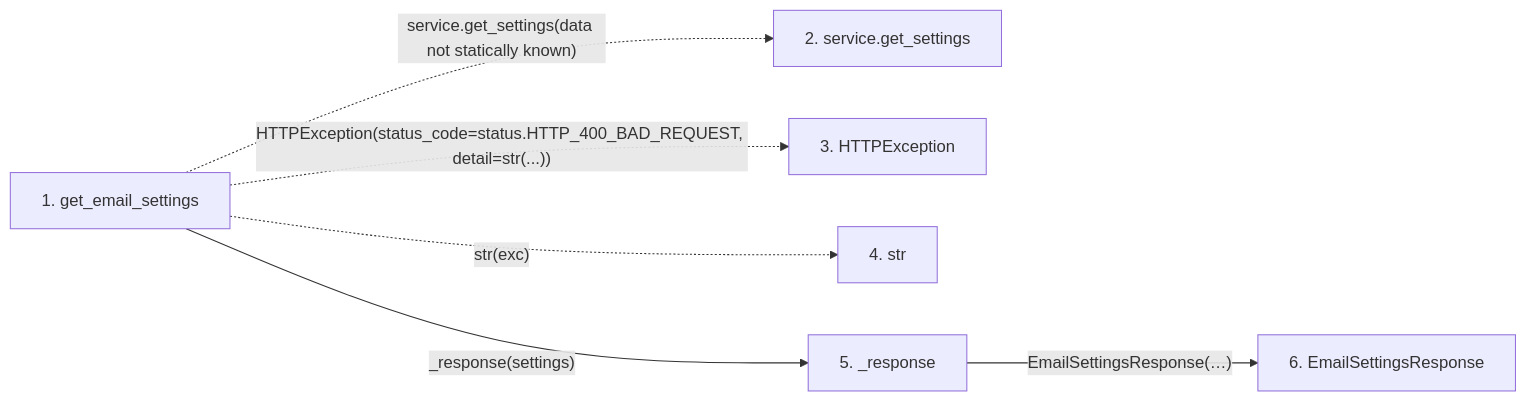
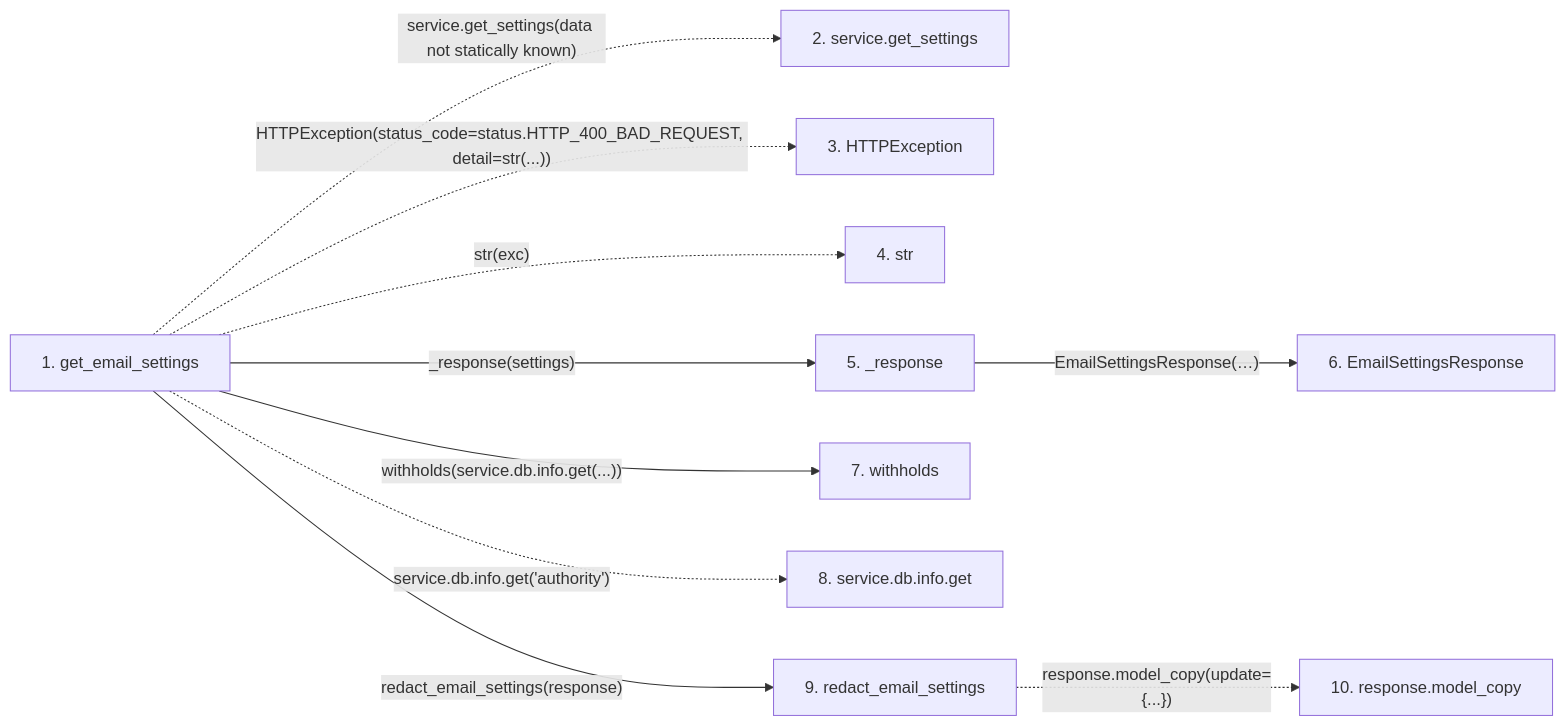
One commit to Denissvgn/WorkChord changed the second of 2 diagrams in docs/llm_wiki/flows/http-get_email_settings.md. Above: the diagram before and after it, drawn with Mermaid. The commit also changed other lines of this file and 524 other files, not shown here.

````diff
--- a/docs/llm_wiki/flows/http-get_email_settings.md
+++ b/docs/llm_wiki/flows/http-get_email_settings.md
@@ -56,17 +68,27 @@
 ```mermaid
 flowchart LR
     s1["1. get_email_settings"]
     s2["2. service.get_settings"]
     s3["3. HTTPException"]
     s4["4. str"]
     s5["5. _response"]
     s6["6. EmailSettingsResponse"]
+    s7["7. withholds"]
+    s8["8. service.db.info.get"]
+    s9["9. redact_email_settings"]
+    s10["10. response.model_copy"]
     s1 -. "service.get_settings(data not statically known)" .-> s2
     s1 -. "HTTPException(status_code=status.HTTP_400_BAD_REQUEST, detail=str(...))" .-> s3
     s1 -. "str(exc)" .-> s4
     s1 -->|"_response(settings)"| s5
     s5 -->|"EmailSettingsResponse(…)"| s6
+    s1 -->|"withholds(service.db.info.get(...))"| s7
+    s1 -. "service.db.info.get('authority')" .-> s8
+    s1 -->|"redact_email_settings(response)"| s9
+    s9 -. "response.model_copy(update={...})" .-> s10
     click s1 "../modules/routers_email_settings.md"
     click s5 "../modules/routers_email_settings.md"
     click s6 "../modules/schemas_email_settings.md"
+    click s7 "../modules/settings_read.md"
+    click s9 "../modules/settings_read.md"
 ```
````
